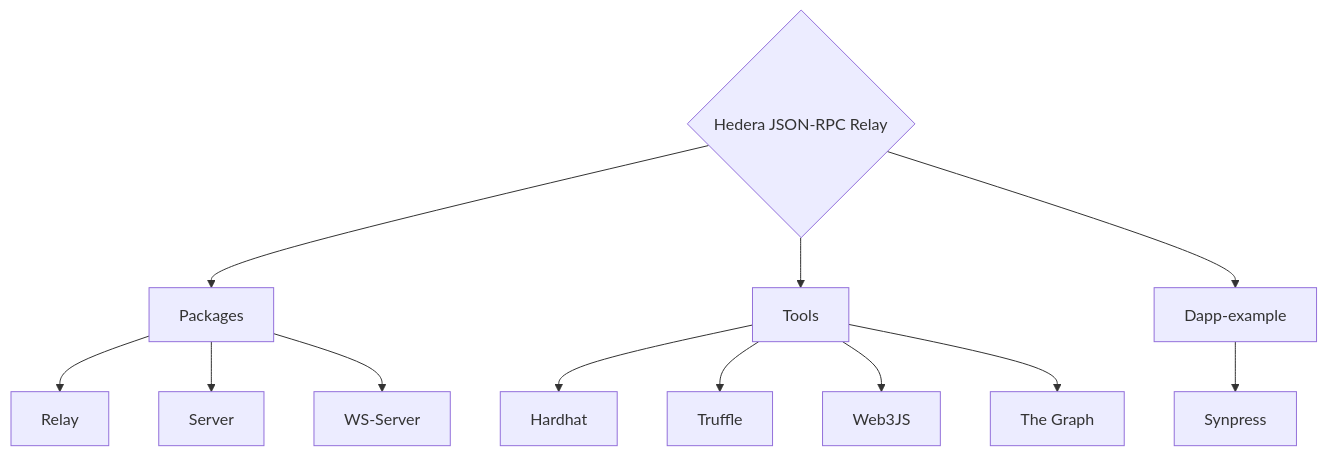
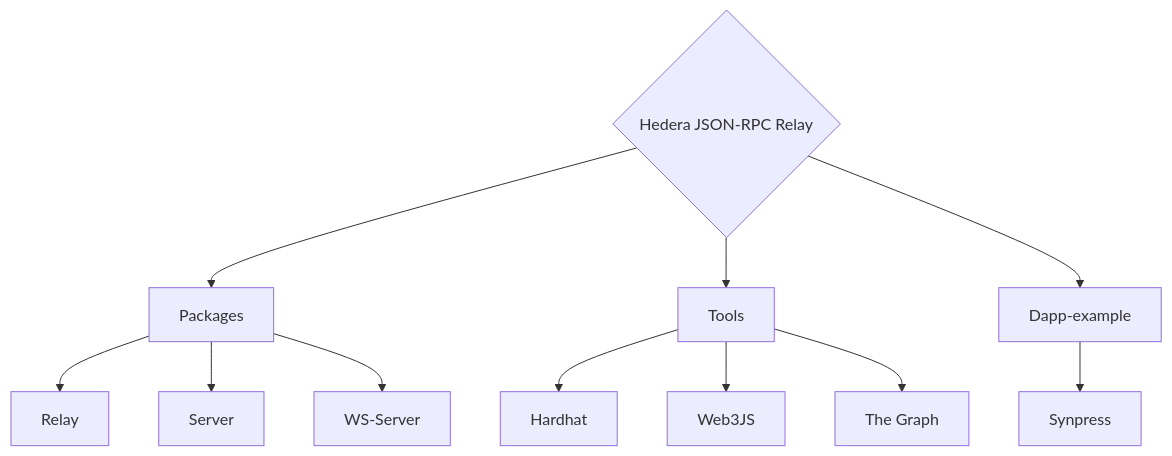
One commit to async-knightbgt7/hiero-json-rpc-relay changed the diagram in docs/diagrams/project-overview-diagram.md. Above: the diagram before and after it, drawn with Mermaid. The commit also changed 11 other files, not shown here.

````diff
--- a/docs/diagrams/project-overview-diagram.md
+++ b/docs/diagrams/project-overview-diagram.md
@@ -1,15 +1,14 @@
 ```mermaid
 flowchart TD
 A{Hedera JSON-RPC Relay}
 A --> B[Packages]
 A --> C[Tools]
 A --> D[Dapp-example]
 B --> E[Relay]
 B --> F[Server]
 B --> G[WS-Server]
 C --> H[Hardhat]
-C --> I[Truffle]
-C --> J[Web3JS]
-C --> K[The Graph]
-D --> L[Synpress]
+C --> I[Web3JS]
+C --> J[The Graph]
+D --> K[Synpress]
 ```
````
